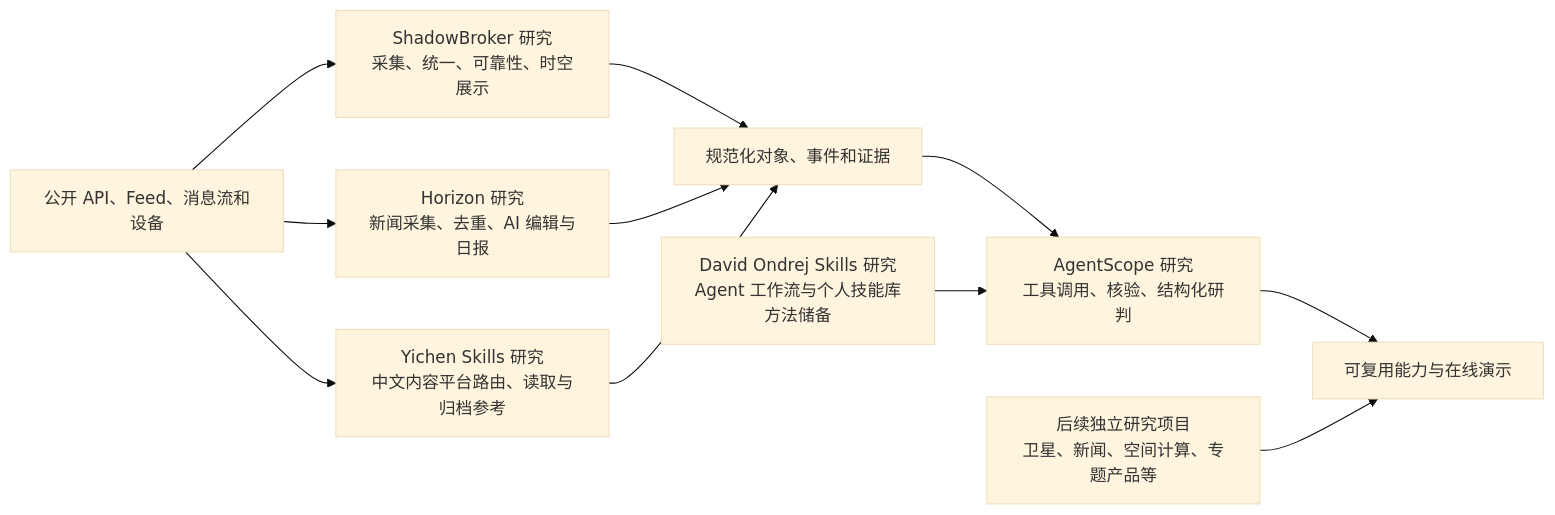
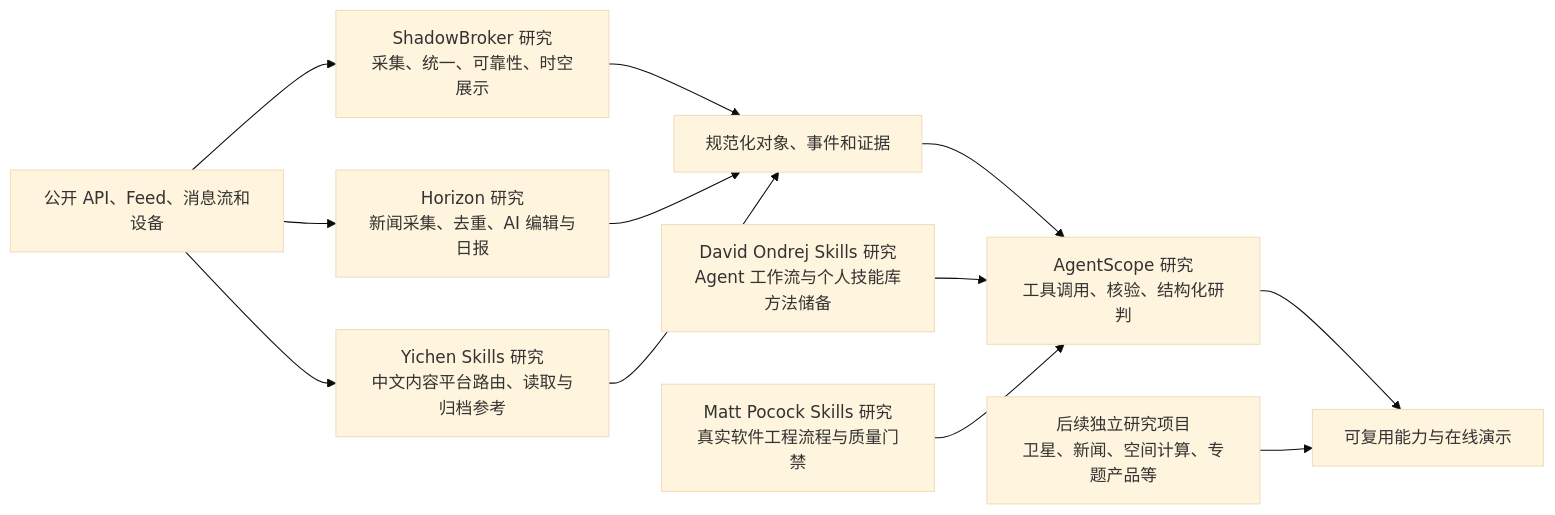
Before and after one commit to yydshly/0807_githubcode_study: the diagram in README.md, drawn with Mermaid (base theme). The commit also changed other lines of this file and 10 other files, not shown here.

Commit message:
docs: compare and archive matt pocock skills

````diff
--- a/README.md
+++ b/README.md
@@ -25,17 +26,19 @@
 ```mermaid
 flowchart LR
     A["公开 API、Feed、消息流和设备"]
     B["ShadowBroker 研究<br/>采集、统一、可靠性、时空展示"]
     H["Horizon 研究<br/>新闻采集、去重、AI 编辑与日报"]
     Y["Yichen Skills 研究<br/>中文内容平台路由、读取与归档参考"]
     S["David Ondrej Skills 研究<br/>Agent 工作流与个人技能库方法储备"]
+    M["Matt Pocock Skills 研究<br/>真实软件工程流程与质量门禁"]
     C["规范化对象、事件和证据"]
     D["AgentScope 研究<br/>工具调用、核验、结构化研判"]
     F["后续独立研究项目<br/>卫星、新闻、空间计算、专题产品等"]
     E["可复用能力与在线演示"]
     A --> B --> C --> D --> E
     A --> H --> C
     A --> Y --> C
     S --> D
+    M --> D
     F --> E
 ```
````
